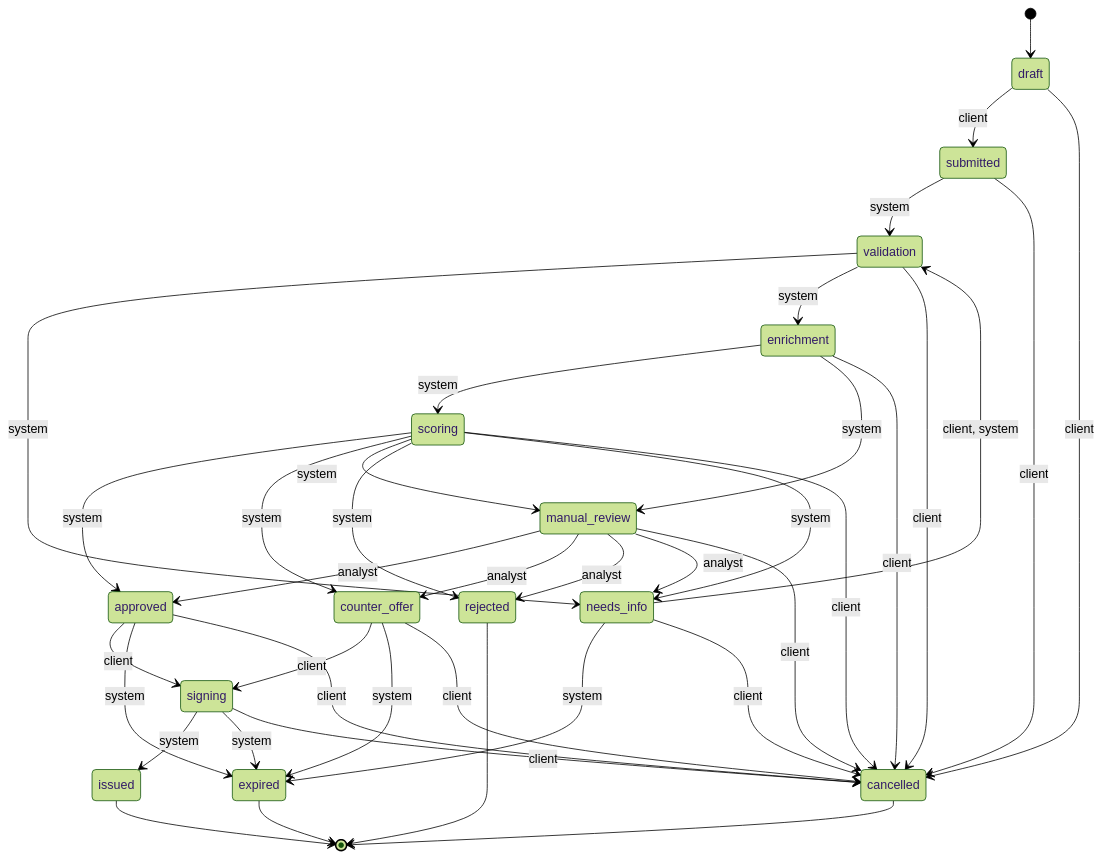
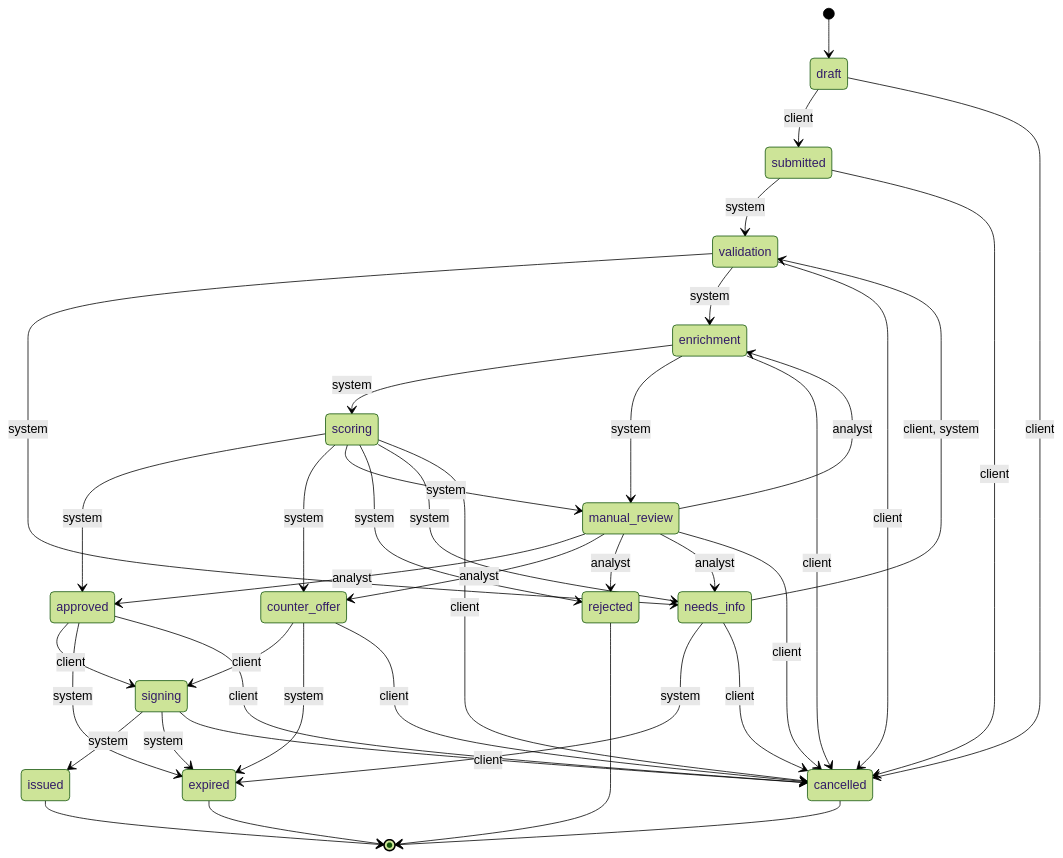
One commit to MrFerrumL/alpha-smart-credit-cabinet changed the diagram in docs/state-machine.md. Above: the diagram before and after it, drawn with Mermaid (forest theme). The commit also changed 18 other files, not shown here.

First line of the commit message:
feat: analyst card and manual credit decision

````diff
--- a/docs/state-machine.md
+++ b/docs/state-machine.md
@@ -7,41 +7,42 @@
 ```mermaid
 stateDiagram-v2
     [*] --> draft
     draft --> submitted: client
     submitted --> validation: system
     validation --> needs_info: system
     validation --> enrichment: system
     needs_info --> validation: client, system
     needs_info --> expired: system
     enrichment --> scoring: system
     enrichment --> manual_review: system
     scoring --> approved: system
     scoring --> counter_offer: system
     scoring --> manual_review: system
     scoring --> rejected: system
     scoring --> needs_info: system
     manual_review --> approved: analyst
     manual_review --> counter_offer: analyst
     manual_review --> rejected: analyst
     manual_review --> needs_info: analyst
+    manual_review --> enrichment: analyst
     approved --> signing: client
     approved --> expired: system
     counter_offer --> signing: client
     counter_offer --> expired: system
     signing --> issued: system
     signing --> expired: system
     draft --> cancelled: client
     submitted --> cancelled: client
     validation --> cancelled: client
     needs_info --> cancelled: client
     enrichment --> cancelled: client
     scoring --> cancelled: client
     manual_review --> cancelled: client
     approved --> cancelled: client
     counter_offer --> cancelled: client
     signing --> cancelled: client
     rejected --> [*]
     issued --> [*]
     cancelled --> [*]
     expired --> [*]
 ```
````
